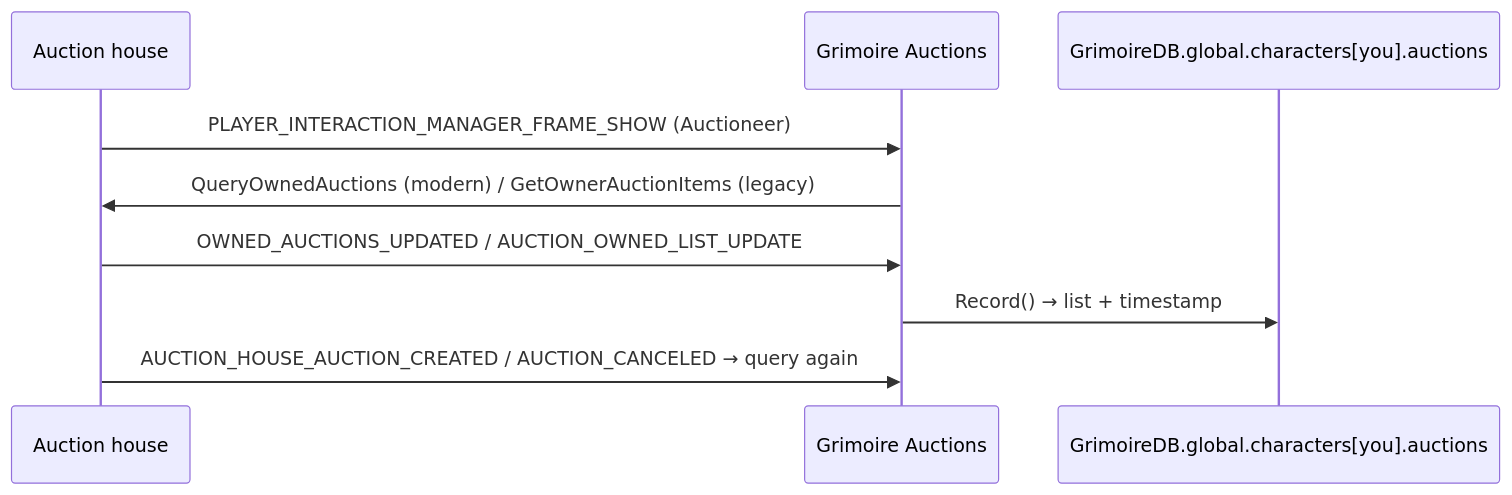
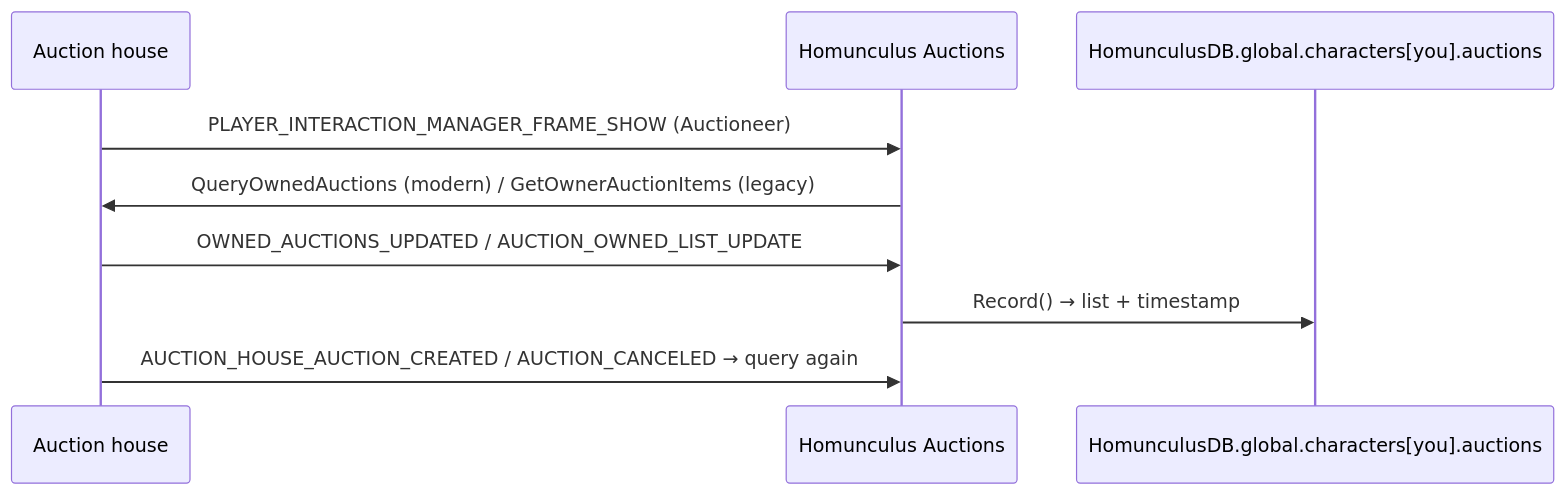
One commit to PhillypHenning/grimoire changed the second of 3 diagrams in docs/features/auctions/README.md. Above: the diagram before and after it, drawn with Mermaid. The commit also changed other lines of this file and 178 other files, not shown here.

First line of the commit message:
Rename the suite from Grimoire to Homunculus (ADR 0010)

````diff
--- a/docs/features/auctions/README.md
+++ b/docs/features/auctions/README.md
@@ -22,11 +22,11 @@
 ```mermaid
 sequenceDiagram
     participant AH as Auction house
-    participant A as Grimoire Auctions
-    participant DB as GrimoireDB.global.characters[you].auctions
+    participant A as Homunculus Auctions
+    participant DB as HomunculusDB.global.characters[you].auctions
     AH->>A: PLAYER_INTERACTION_MANAGER_FRAME_SHOW (Auctioneer)
     A->>AH: QueryOwnedAuctions (modern) / GetOwnerAuctionItems (legacy)
     AH->>A: OWNED_AUCTIONS_UPDATED / AUCTION_OWNED_LIST_UPDATE
     A->>DB: Record() → list + timestamp
     AH->>A: AUCTION_HOUSE_AUCTION_CREATED / AUCTION_CANCELED → query again
 ```
````
